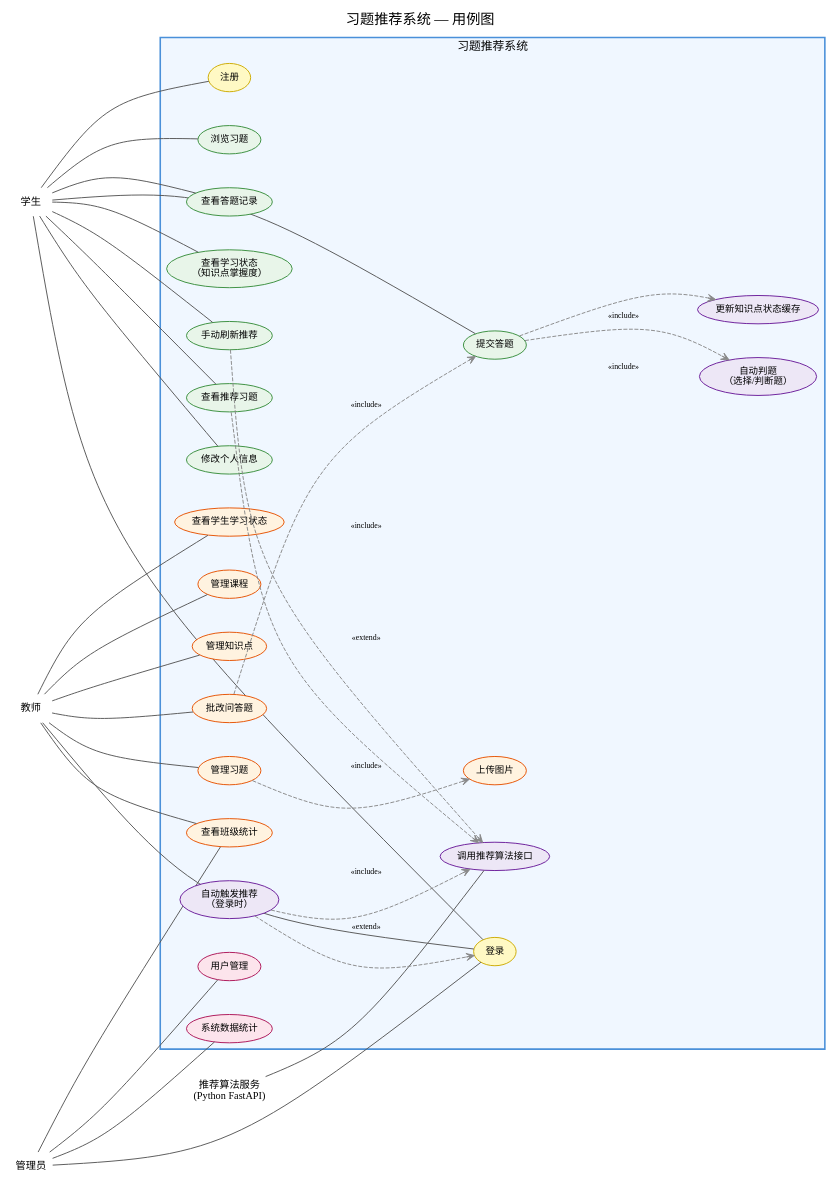
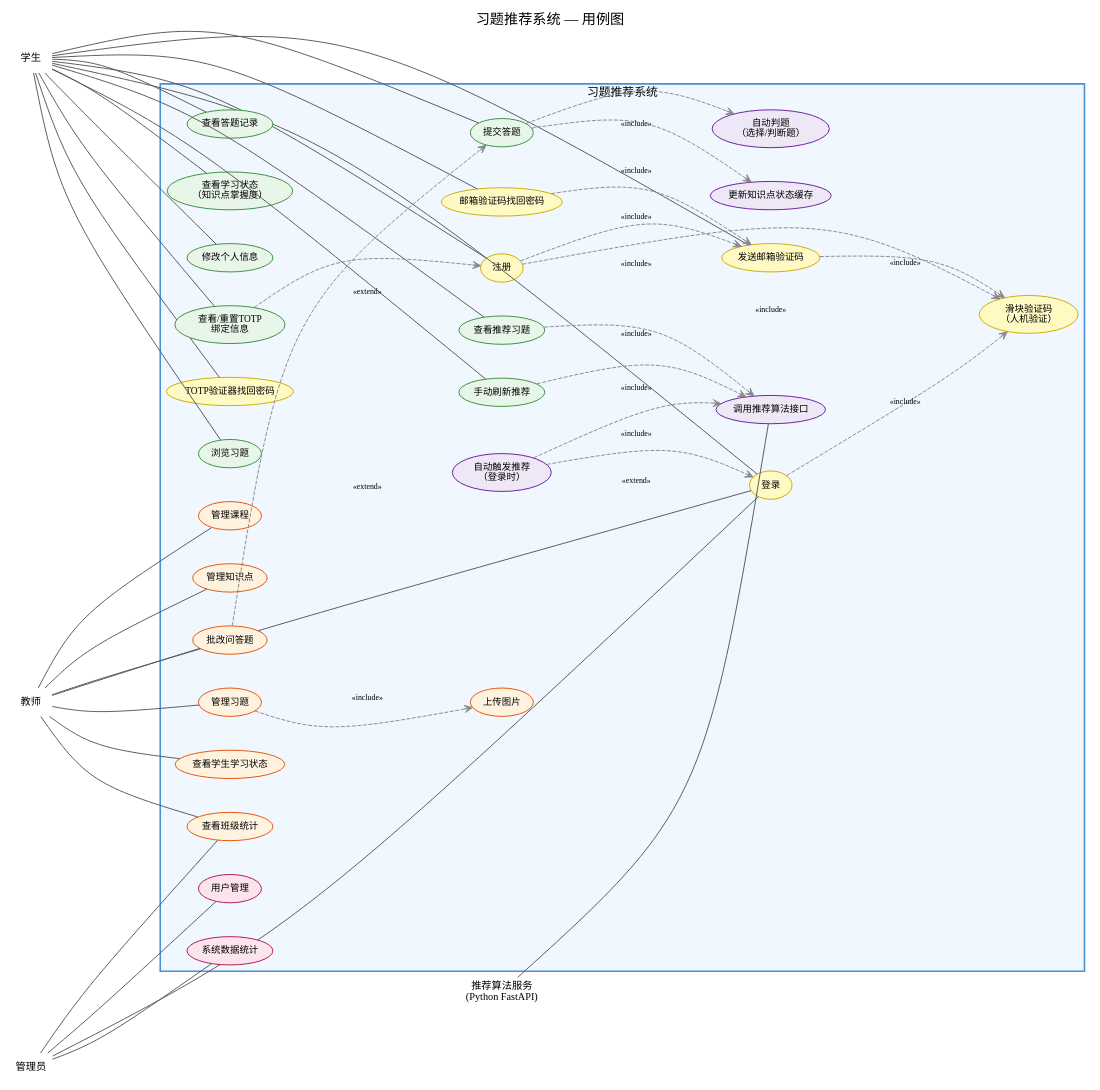
One commit to Efasfdasd452/reco_sys_ui changed the diagram in docs/usecase.dot. Above: the diagram before and after it, drawn with Graphviz. The commit also changed 23 other files, not shown here.

```diff
--- a/docs/usecase.dot
+++ b/docs/usecase.dot
@@ -1,136 +1,159 @@
 digraph UseCaseDiagram {
 
     graph [
         label       = "习题推荐系统 — 用例图"
         labelloc    = t
         fontname    = "Microsoft YaHei"
         fontsize    = 18
         rankdir     = LR
         splines     = curved
         nodesep     = 0.6
         ranksep     = 2.0
         bgcolor     = white
     ]
 
     // ─────────────────────────────────────────
     // 参与者（Actor）样式
     // ─────────────────────────────────────────
     node [shape=plaintext fontname="Microsoft YaHei" fontsize=13]
 
     student   [label="学生"]
     teacher   [label="教师"]
     admin     [label="管理员"]
     pyservice [label="推荐算法服务\n(Python FastAPI)"]
 
     // ─────────────────────────────────────────
     // 系统边界
     // ─────────────────────────────────────────
     subgraph cluster_system {
         label     = "习题推荐系统"
         style     = solid
         color     = "#4A90D9"
         penwidth  = 2
         fontname  = "Microsoft YaHei"
         fontsize  = 15
         bgcolor   = "#F0F7FF"
 
         // 用例节点样式
         node [shape=ellipse style="filled" fontname="Microsoft YaHei" fontsize=12 penwidth=1.2]
 
         // ── 认证模块 ──────────────────────────
         node [fillcolor="#FFF9C4" color="#CCAA00"]
-        uc_register   [label="注册"]
-        uc_login      [label="登录"]
+        uc_register      [label="注册"]
+        uc_login         [label="登录"]
+        uc_send_code     [label="发送邮箱验证码"]
+        uc_reset_email   [label="邮箱验证码找回密码"]
+        uc_reset_totp    [label="TOTP验证器找回密码"]
+        uc_captcha       [label="滑块验证码\n（人机验证）"]
 
         // ── 学生用例 ──────────────────────────
         node [fillcolor="#E8F5E9" color="#388E3C"]
         uc_browse_ex   [label="浏览习题"]
         uc_submit      [label="提交答题"]
         uc_view_hist   [label="查看答题记录"]
         uc_view_state  [label="查看学习状态\n（知识点掌握度）"]
         uc_view_rec    [label="查看推荐习题"]
         uc_refresh_rec [label="手动刷新推荐"]
         uc_profile     [label="修改个人信息"]
+        uc_totp_setup  [label="查看/重置TOTP\n绑定信息"]
 
         // ── 教师用例 ──────────────────────────
         node [fillcolor="#FFF3E0" color="#E65100"]
         uc_manage_course [label="管理课程"]
         uc_manage_kp     [label="管理知识点"]
         uc_manage_ex     [label="管理习题"]
         uc_upload_img    [label="上传图片"]
         uc_grade         [label="批改问答题"]
         uc_view_student  [label="查看学生学习状态"]
         uc_class_stat    [label="查看班级统计"]
 
         // ── 管理员用例 ────────────────────────
         node [fillcolor="#FCE4EC" color="#AD1457"]
         uc_manage_user [label="用户管理"]
         uc_sys_stat    [label="系统数据统计"]
 
         // ── 系统自动用例 ──────────────────────
         node [fillcolor="#EDE7F6" color="#6A1B9A"]
         uc_auto_grade  [label="自动判题\n（选择/判断题）"]
         uc_auto_rec    [label="自动触发推荐\n（登录时）"]
         uc_call_py     [label="调用推荐算法接口"]
         uc_update_state [label="更新知识点状态缓存"]
     }
 
     // ─────────────────────────────────────────
     // 关联关系（参与者 → 用例）
     // ─────────────────────────────────────────
     edge [arrowhead=none color="#555555" penwidth=1.2]
 
     // 学生
     student -> uc_register
     student -> uc_login
+    student -> uc_send_code
+    student -> uc_reset_email
+    student -> uc_reset_totp
     student -> uc_browse_ex
     student -> uc_submit
     student -> uc_view_hist
     student -> uc_view_state
     student -> uc_view_rec
     student -> uc_refresh_rec
     student -> uc_profile
+    student -> uc_totp_setup
 
     // 教师
     teacher -> uc_login
     teacher -> uc_manage_course
     teacher -> uc_manage_kp
     teacher -> uc_manage_ex
     teacher -> uc_grade
     teacher -> uc_view_student
     teacher -> uc_class_stat
 
     // 管理员
     admin -> uc_login
     admin -> uc_manage_user
     admin -> uc_sys_stat
     admin -> uc_class_stat
 
     // 推荐算法服务
     pyservice -> uc_call_py
 
     // ─────────────────────────────────────────
     // include / extend 关系
     // ─────────────────────────────────────────
     edge [arrowhead=open style=dashed color="#888888" fontname="Microsoft YaHei" fontsize=10]
 
     // include：提交答题 → 自动判题
     uc_submit       -> uc_auto_grade    [label="«include»"]
 
     // include：提交答题 → 更新知识点状态
     uc_submit       -> uc_update_state  [label="«include»"]
 
     // include：管理习题 → 上传图片
     uc_manage_ex    -> uc_upload_img    [label="«include»"]
 
     // include：查看推荐 / 自动推荐 → 调用算法
     uc_view_rec     -> uc_call_py       [label="«include»"]
     uc_refresh_rec  -> uc_call_py       [label="«include»"]
     uc_auto_rec     -> uc_call_py       [label="«include»"]
 
     // extend：登录成功 → 自动触发推荐
     uc_auto_rec     -> uc_login         [label="«extend»"]
 
     // extend：问答题提交 → 进入待批改队列
     uc_grade        -> uc_submit        [label="«extend»"]
+
+    // include：注册/登录/发验证码 → 滑块验证码（人机验证）
+    uc_register     -> uc_captcha       [label="«include»"]
+    uc_login        -> uc_captcha       [label="«include»"]
+    uc_send_code    -> uc_captcha       [label="«include»"]
+
+    // include：注册 → 发送邮箱验证码
+    uc_register     -> uc_send_code     [label="«include»"]
+
+    // include：邮箱找回密码 → 发送邮箱验证码
+    uc_reset_email  -> uc_send_code     [label="«include»"]
+
+    // extend：注册成功后 → 查看TOTP绑定信息（获取QR码/密钥）
+    uc_totp_setup   -> uc_register      [label="«extend»"]
 }
```
